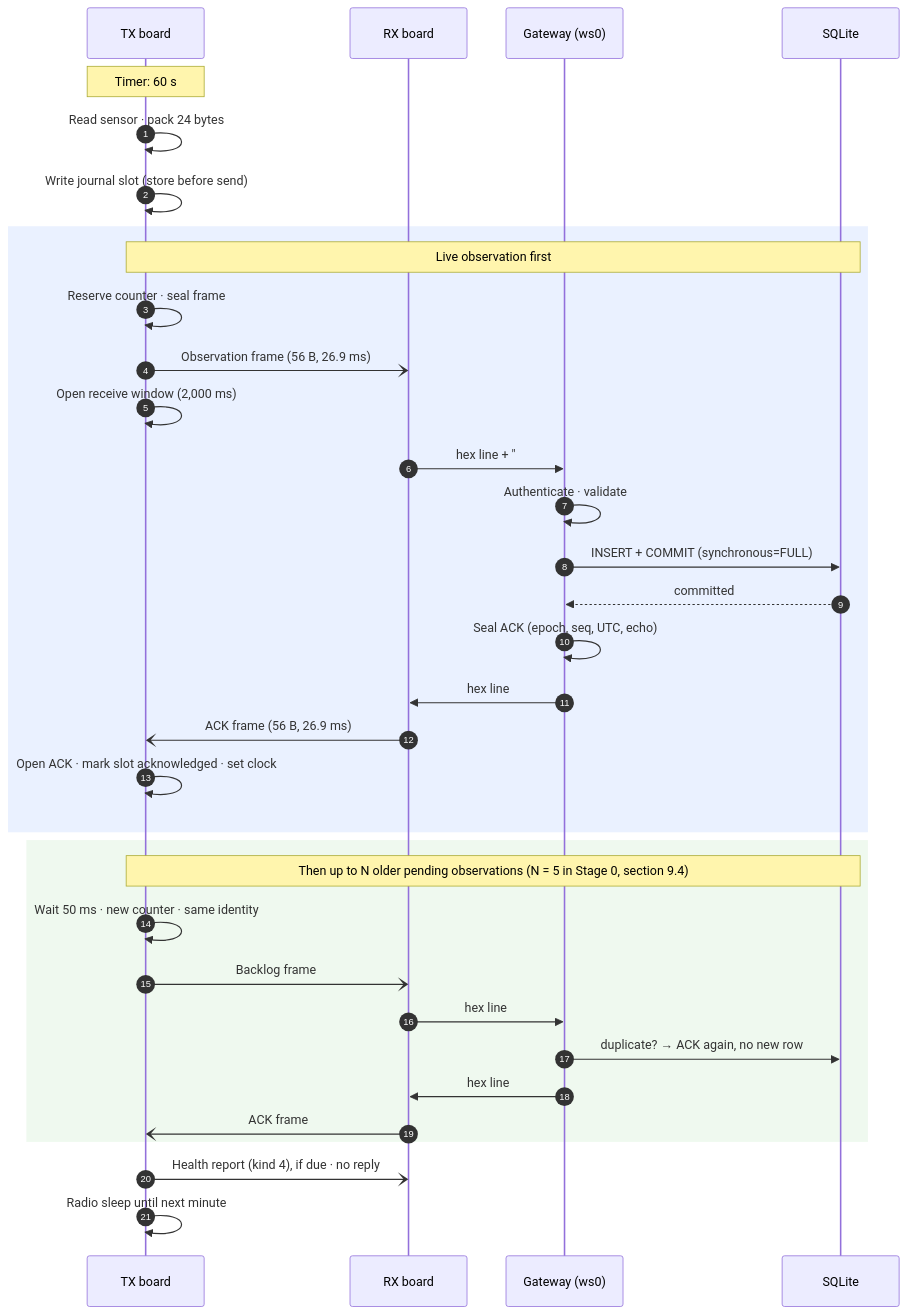
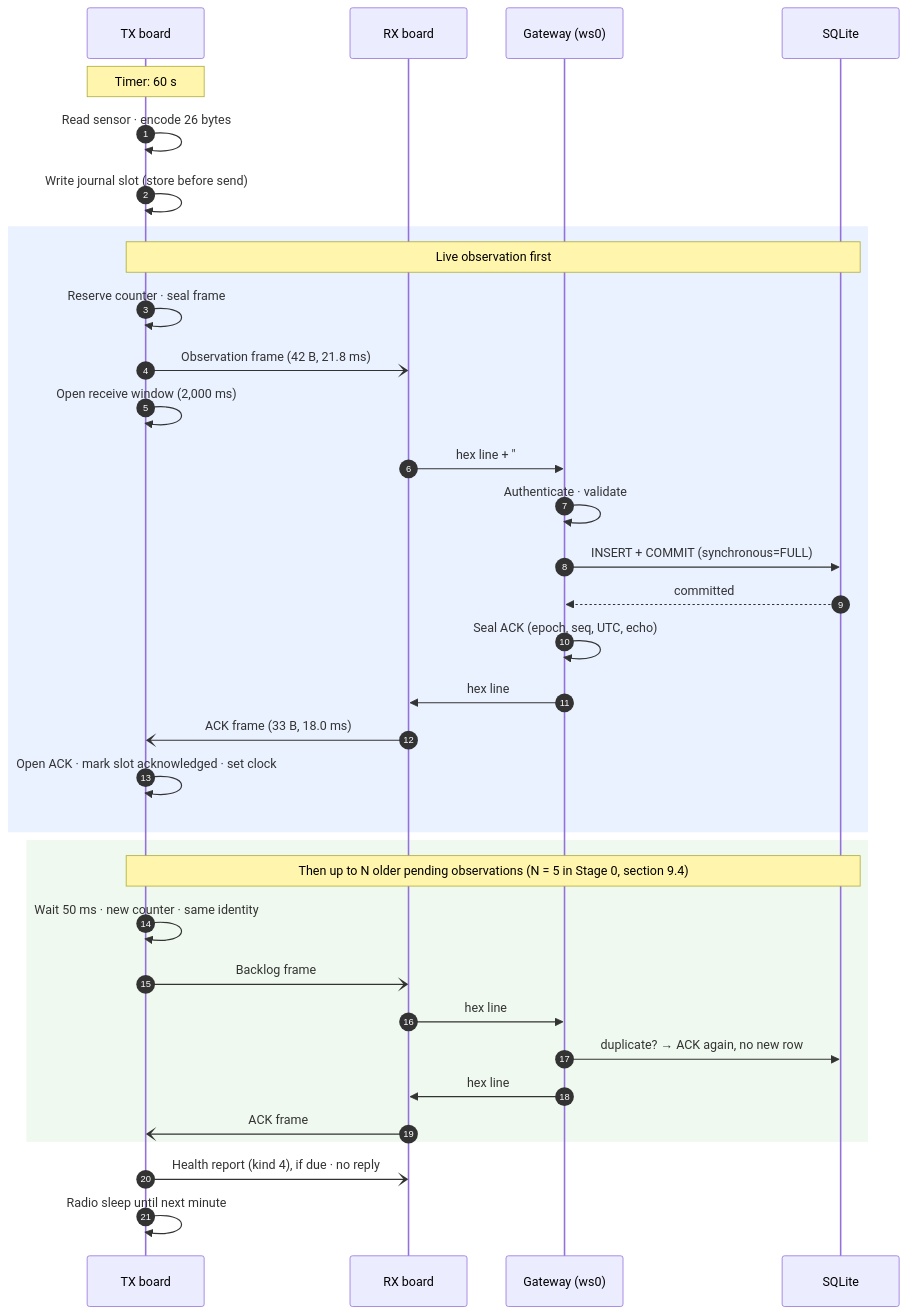
One commit to clintecker/weather-station-2026 changed the sixth of 11 diagrams in docs/protocol-stack.md. Above: the diagram before and after it, drawn with Mermaid. The commit also changed other lines of this file and 11 other files, not shown here.

````diff
--- a/docs/protocol-stack.md
+++ b/docs/protocol-stack.md
@@ -477,36 +501,36 @@
 ```mermaid
 sequenceDiagram
   autonumber
   participant TX as TX board
   participant RX as RX board
   participant GW as Gateway (ws0)
   participant DB as SQLite
   Note over TX: Timer: 60 s
-  TX->>TX: Read sensor · pack 24 bytes
+  TX->>TX: Read sensor · encode 26 bytes
   TX->>TX: Write journal slot (store before send)
   rect rgba(80,140,255,0.12)
   Note over TX,DB: Live observation first
   TX->>TX: Reserve counter · seal frame
-  TX-)RX: Observation frame (56 B, 26.9 ms)
+  TX-)RX: Observation frame (42 B, 21.8 ms)
   TX->>TX: Open receive window (2,000 ms)
   RX->>GW: hex line + "#rx obs rssi snr"
   GW->>GW: Authenticate · validate
   GW->>DB: INSERT + COMMIT (synchronous=FULL)
   DB-->>GW: committed
   GW->>GW: Seal ACK (epoch, seq, UTC, echo)
   GW->>RX: hex line
-  RX-)TX: ACK frame (56 B, 26.9 ms)
+  RX-)TX: ACK frame (33 B, 18.0 ms)
   TX->>TX: Open ACK · mark slot acknowledged · set clock
   end
   rect rgba(120,200,120,0.12)
   Note over TX,DB: Then up to N older pending observations (N = 5 in Stage 0, section 9.4)
   TX->>TX: Wait 50 ms · new counter · same identity
   TX-)RX: Backlog frame
   RX->>GW: hex line
   GW->>DB: duplicate? → ACK again, no new row
   GW->>RX: hex line
   RX-)TX: ACK frame
   end
   TX-)RX: Health report (kind 4), if due · no reply
   TX->>TX: Radio sleep until next minute
 ```
````
